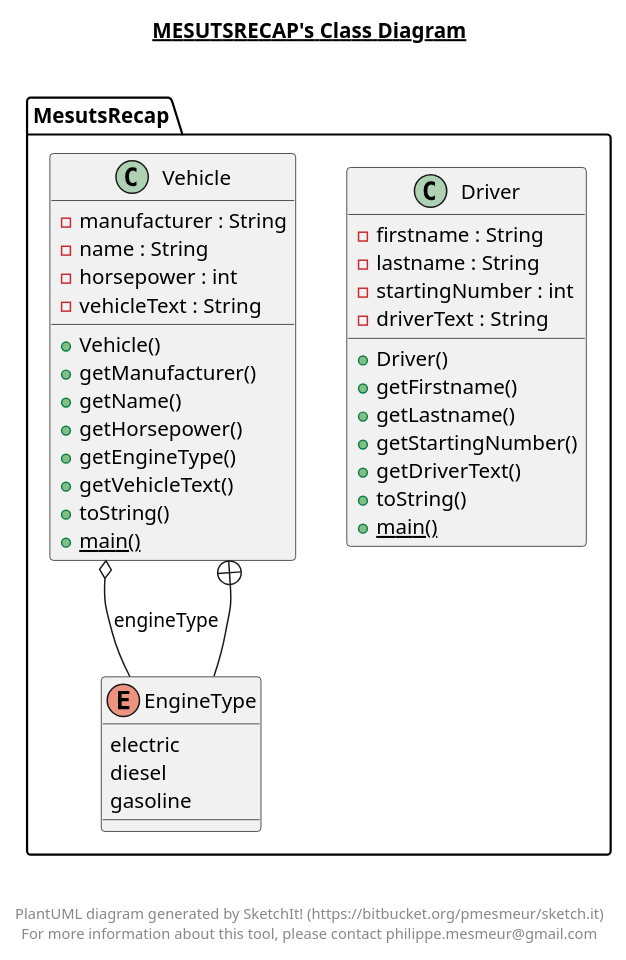
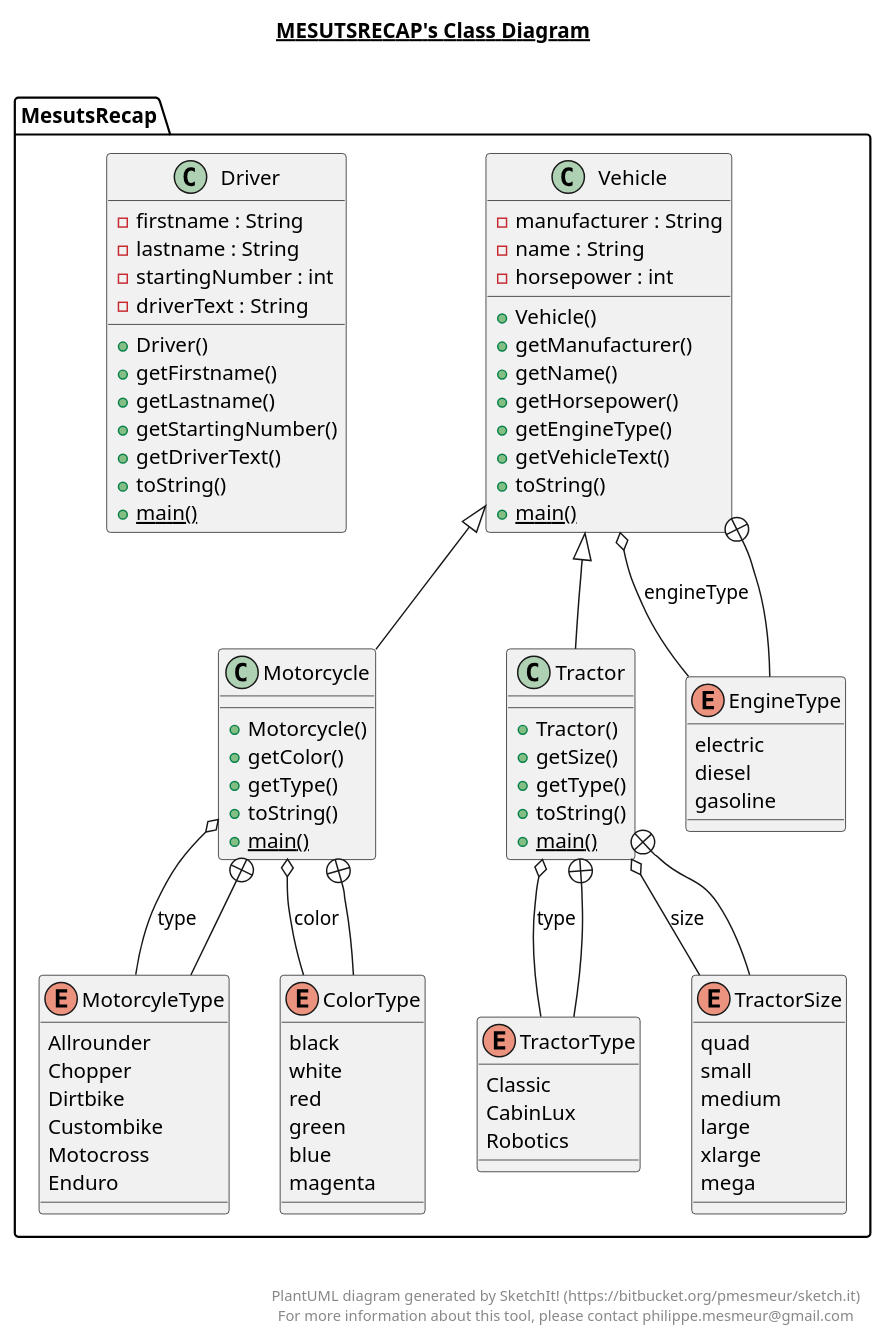
Before and after one commit to axelmotyka/adventcalendar: the diagram in src/main/java/MesutsRecap/MesutsRecap.plantuml, drawn with PlantUML.

Commit message:
Plantuml file for exercise12 updated.

```diff
--- a/src/main/java/MesutsRecap/MesutsRecap.plantuml
+++ b/src/main/java/MesutsRecap/MesutsRecap.plantuml
@@ -1,60 +1,136 @@
 @startuml
 
 title __MESUTSRECAP's Class Diagram__\n
 
   package MesutsRecap {
     class Driver {
         - firstname : String
         - lastname : String
         - startingNumber : int
         - driverText : String
         + Driver()
         + getFirstname()
         + getLastname()
         + getStartingNumber()
         + getDriverText()
         + toString()
         {static} + main()
     }
   }
   
 
   package MesutsRecap {
+    class Motorcycle {
+        + Motorcycle()
+        + getColor()
+        + getType()
+        + toString()
+        {static} + main()
+    }
+  }
+  
+
+  package MesutsRecap {
+    enum MotorcyleType {
+      Allrounder
+      Chopper
+      Dirtbike
+      Custombike
+      Motocross
+      Enduro
+    }
+  }
+  
+
+  package MesutsRecap {
+    enum ColorType {
+      black
+      white
+      red
+      green
+      blue
+      magenta
+    }
+  }
+  
+
+  package MesutsRecap {
+    class Tractor {
+        + Tractor()
+        + getSize()
+        + getType()
+        + toString()
+        {static} + main()
+    }
+  }
+  
+
+  package MesutsRecap {
+    enum TractorType {
+      Classic
+      CabinLux
+      Robotics
+    }
+  }
+  
+
+  package MesutsRecap {
+    enum TractorSize {
+      quad
+      small
+      medium
+      large
+      xlarge
+      mega
+    }
+  }
+  
+
+  package MesutsRecap {
     class Vehicle {
         - manufacturer : String
         - name : String
         - horsepower : int
-        - vehicleText : String
         + Vehicle()
         + getManufacturer()
         + getName()
         + getHorsepower()
         + getEngineType()
         + getVehicleText()
         + toString()
         {static} + main()
     }
   }
   
 
   package MesutsRecap {
     enum EngineType {
       electric
       diesel
       gasoline
     }
   }
   
 
+  Motorcycle -up-|> Vehicle
+  Motorcycle o-- ColorType : color
+  Motorcycle o-- MotorcyleType : type
+  Motorcycle +-down- MotorcyleType
+  Motorcycle +-down- ColorType
+  Tractor -up-|> Vehicle
+  Tractor o-- TractorType : type
+  Tractor o-- TractorSize : size
+  Tractor +-down- TractorType
+  Tractor +-down- TractorSize
   Vehicle o-- EngineType : engineType
   Vehicle +-down- EngineType
 
 
 right footer
 
 
 PlantUML diagram generated by SketchIt! (https://bitbucket.org/pmesmeur/sketch.it)
 For more information about this tool, please contact philippe.mesmeur@gmail.com
 endfooter
 
 @enduml
```
